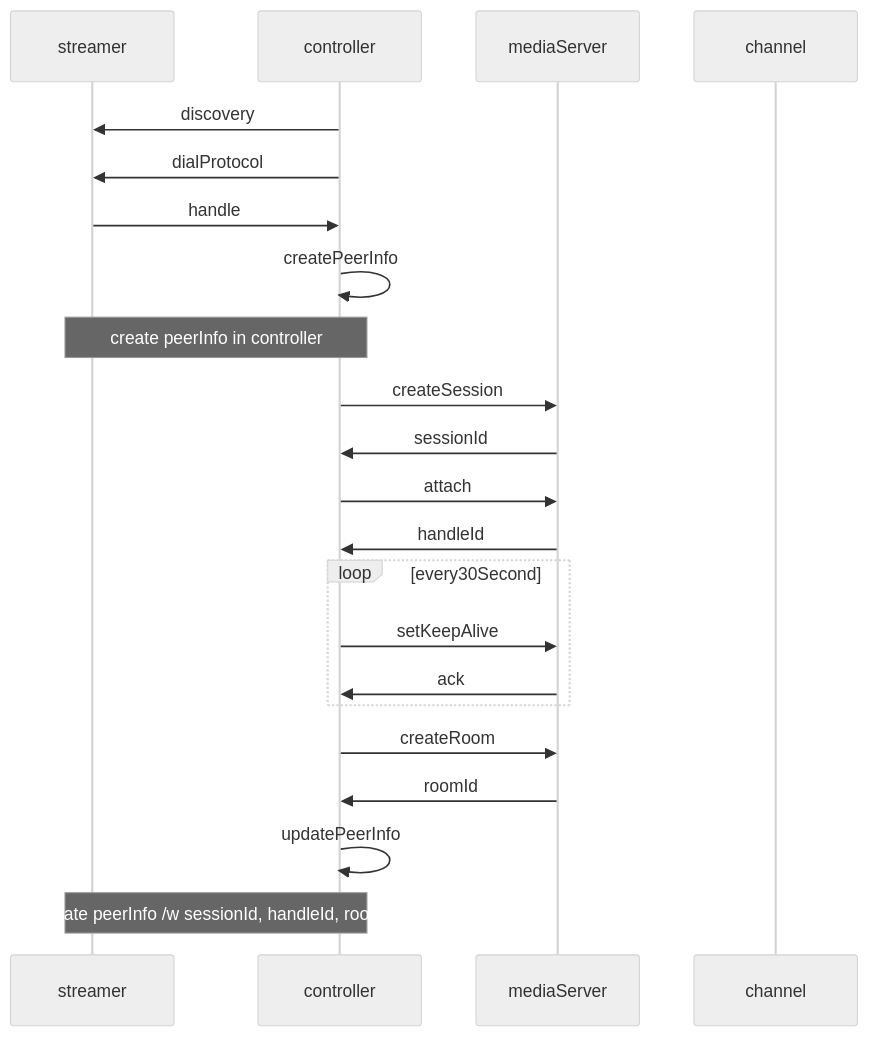
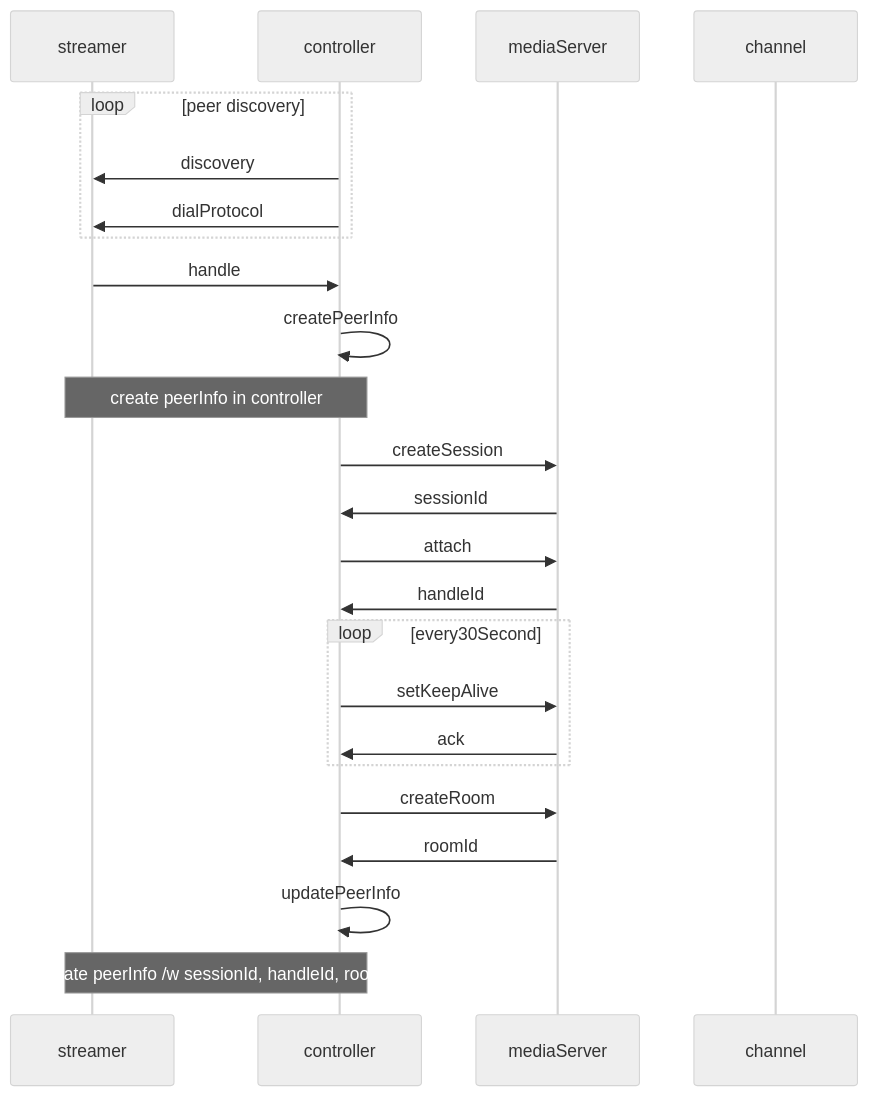
One commit to castonetwork/minimvp_channel changed the first of 3 diagrams in README.md. Above: the diagram before and after it, drawn with Mermaid (neutral theme). The commit also changed other lines of this file, not shown here.

Commit message:
add: add peer discover loops

````diff
--- a/README.md
+++ b/README.md
@@ -41,25 +41,27 @@
 ```mermaid
 sequenceDiagram
   participant st as streamer
   participant ct as controller
   participant ms as mediaServer
   participant ch as channel
+  loop peer discovery
   ct->>st: discovery
   ct->>st: dialProtocol
+  end
   st->>ct: handle
   ct->>ct: createPeerInfo  
   Note over st, ct: create peerInfo in controller
   ct->>ms: createSession
   ms->>ct: sessionId
   ct->>ms: attach
   ms->>ct: handleId
   loop every30Second
   ct->>ms: setKeepAlive
   ms->>ct: ack
   end
   ct->>ms:createRoom
   ms->>ct:roomId
   ct->>ct:updatePeerInfo
   Note over st, ct: update peerInfo /w sessionId, handleId, roomId
   
 ```
````
